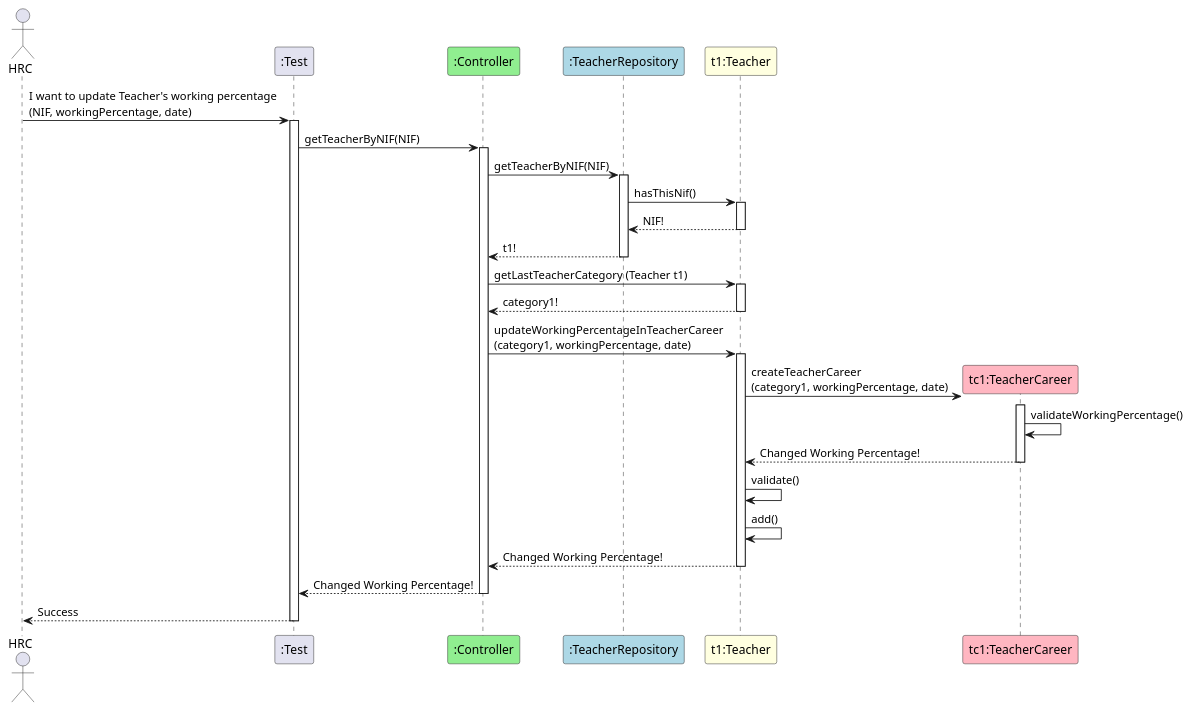
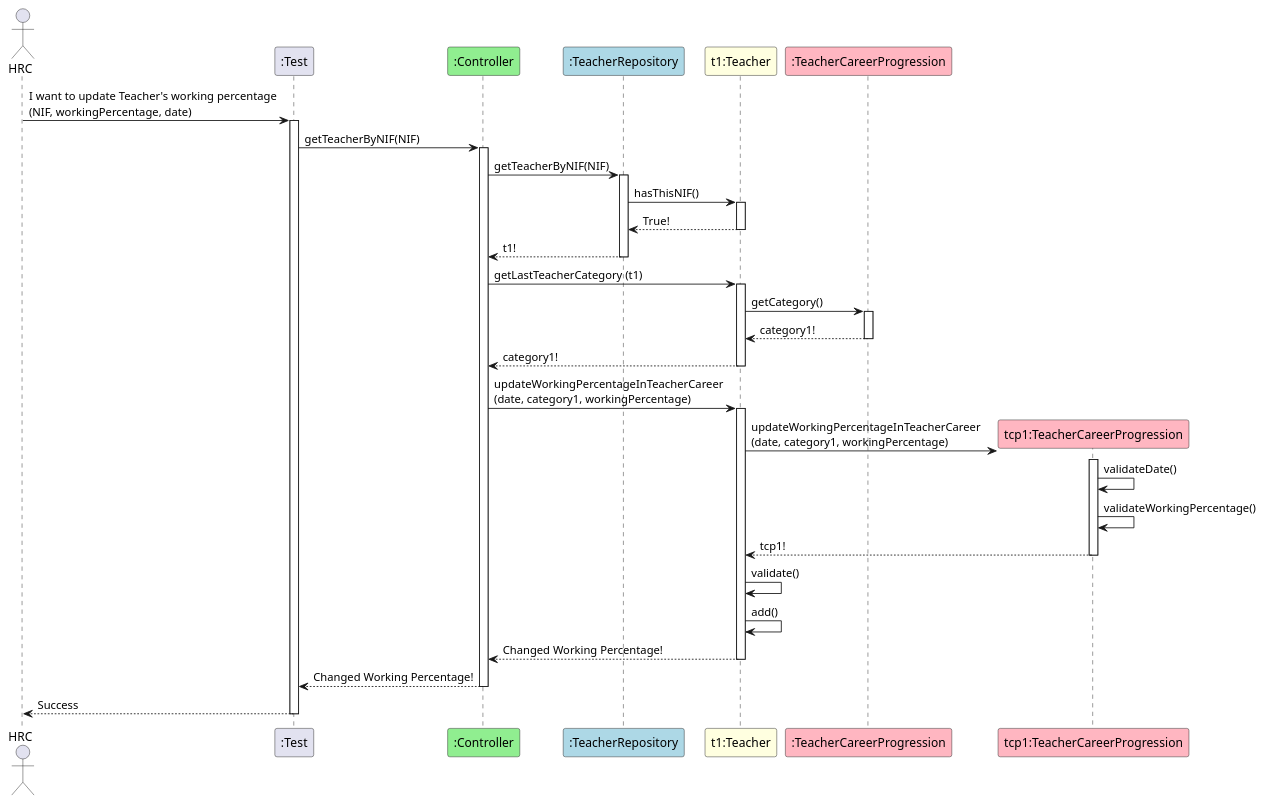
The diagram in docs/sequenceSystemDiagrams/US15/US15_UpdateTeacherWorkingPercentage.puml (GasparISEP/DevOps-PAI), drawn with PlantUML before and after one commit. The commit also changed 2 other files, not shown here.

Commit message:
Changed US15 Sequence Diagram and added methods + tests to TeacherCareerProgression class

```diff
--- a/docs/sequenceSystemDiagrams/US15/US15_UpdateTeacherWorkingPercentage.puml
+++ b/docs/sequenceSystemDiagrams/US15/US15_UpdateTeacherWorkingPercentage.puml
@@ -1,46 +1,54 @@
 @startuml
 
 actor HRC
 participant ":Test" as Test
 participant ":Controller" as Controller #lightgreen
 participant ":TeacherRepository" as TR #lightblue
 participant "t1:Teacher" as Teacher #lightyellow
-participant "tc1:TeacherCareer" as TC #lightpink
+participant ":TeacherCareerProgression" as TCP #lightpink
+participant "tcp1:TeacherCareerProgression" as TCP1 #lightpink
+
 
 HRC -> Test : I want to update Teacher's working percentage \n(NIF, workingPercentage, date)
 activate Test
 Test -> Controller : getTeacherByNIF(NIF)
 activate Controller
 Controller -> TR : getTeacherByNIF(NIF)
 activate TR
-TR -> Teacher : hasThisNif()
+TR -> Teacher : hasThisNIF()
 activate Teacher
-Teacher --> TR : NIF!
+Teacher --> TR : True!
 deactivate Teacher
 TR --> Controller : t1!
 deactivate TR
-Controller -> Teacher : getLastTeacherCategory (Teacher t1)
+Controller -> Teacher : getLastTeacherCategory (t1)
 
 activate Teacher
+Teacher -> TCP : getCategory()
+activate TCP
+TCP --> Teacher : category1!
+deactivate TCP
+deactivate TR
 
 Teacher --> Controller : category1!
 deactivate Teacher
 
-Controller -> Teacher : updateWorkingPercentageInTeacherCareer \n(category1, workingPercentage, date)
+Controller -> Teacher : updateWorkingPercentageInTeacherCareer \n(date, category1, workingPercentage)
 activate Teacher
-Teacher -> TC** : createTeacherCareer \n(category1, workingPercentage, date)
-activate TC
-TC -> TC : validateWorkingPercentage()
-TC --> Teacher : Changed Working Percentage!
-deactivate TC
+Teacher -> TCP1** : updateWorkingPercentageInTeacherCareer \n(date, category1, workingPercentage)
+activate TCP1
+TCP1 -> TCP1 : validateDate()
+TCP1 -> TCP1 : validateWorkingPercentage()
+TCP1 --> Teacher : tcp1!
+deactivate TCP1
 Teacher -> Teacher : validate()
 Teacher -> Teacher : add()
 
 Teacher --> Controller : Changed Working Percentage!
 deactivate Teacher
 
 Controller --> Test : Changed Working Percentage!
 deactivate Controller
 Test --> HRC : Success
 deactivate Test
 @enduml
```
